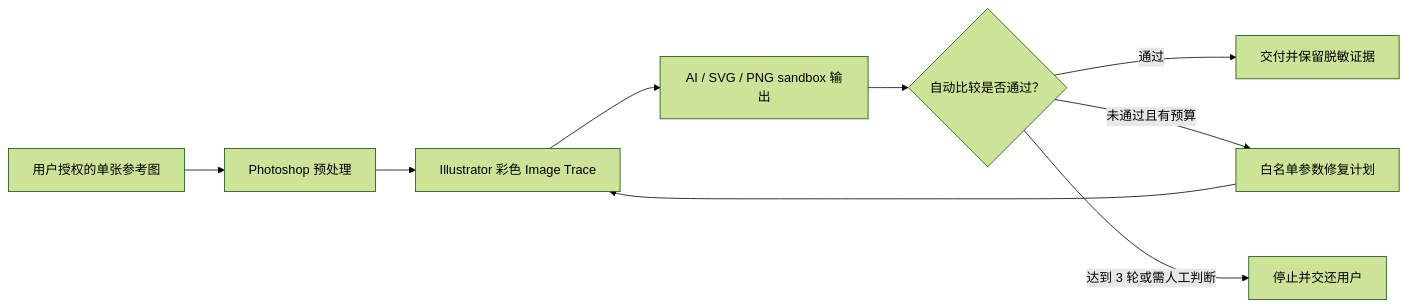
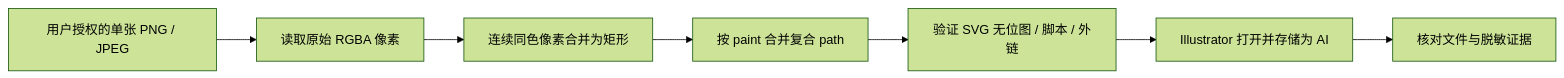
One commit to jianbaorui07-dot/Codex-Integration-with-Creative-Industry-Software changed the first of 2 diagrams in README.md. Above: the diagram before and after it, drawn with Mermaid (forest theme). The commit also changed other lines of this file and 16 other files, not shown here.

````diff
--- a/README.md
+++ b/README.md
@@ -14,11 +14,9 @@
 ```mermaid
 flowchart LR
-  A["用户授权的单张参考图"] --> B["Photoshop 预处理"]
-  B --> C["Illustrator 彩色 Image Trace"]
-  C --> D["AI / SVG / PNG sandbox 输出"]
-  D --> E{"自动比较是否通过？"}
-  E -- "通过" --> F["交付并保留脱敏证据"]
-  E -- "未通过且有预算" --> G["白名单参数修复计划"]
-  G --> C
-  E -- "达到 3 轮或需人工判断" --> H["停止并交还用户"]
+  A["用户授权的单张 PNG / JPEG"] --> B["读取原始 RGBA 像素"]
+  B --> C["连续同色像素合并为矩形"]
+  C --> D["按 paint 合并复合 path"]
+  D --> E["验证 SVG 无位图 / 脚本 / 外链"]
+  E --> F["Illustrator 打开并存储为 AI"]
+  F --> G["核对文件与脱敏证据"]
 ```
````
